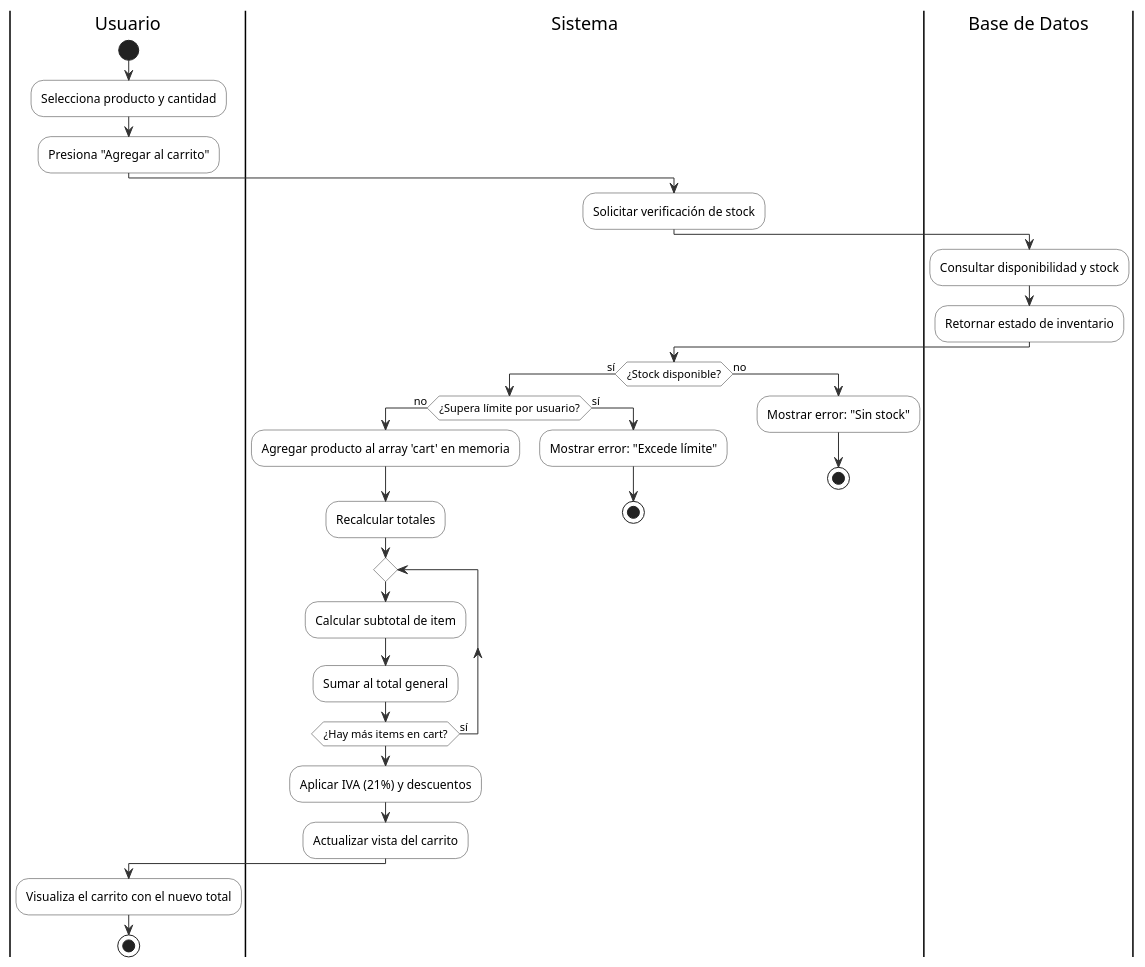
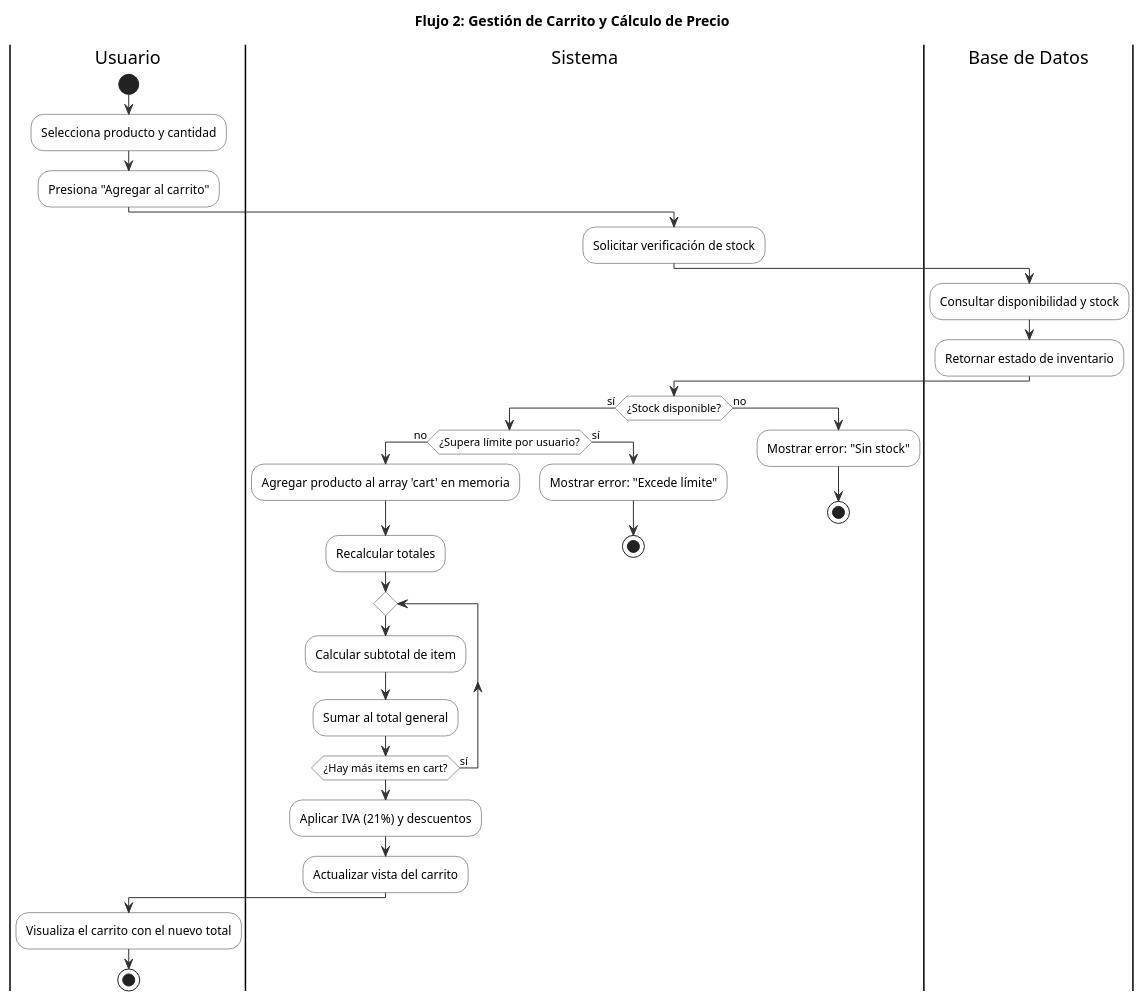
The diagram in docs/05-diagramas/01-diagrama-de-actividades/actividad-flujo-2-carrito.puml (GonzaloBarbano/E-commerce), drawn with PlantUML before and after one commit. The commit also changed 4 other files, not shown here.

```diff
--- a/docs/05-diagramas/01-diagrama-de-actividades/actividad-flujo-2-carrito.puml
+++ b/docs/05-diagramas/01-diagrama-de-actividades/actividad-flujo-2-carrito.puml
@@ -1,41 +1,42 @@
 @startuml flujo-2-carrito
+title Flujo 2: Gestión de Carrito y Cálculo de Precio
 skinparam ActivityBackgroundColor #FFFFFF
 skinparam ActivityBorderColor #333333
 skinparam ArrowColor #333333
 
 |Usuario|
 start
 :Selecciona producto y cantidad;
 :Presiona "Agregar al carrito";
 
 |Sistema|
 :Solicitar verificación de stock;
 
 |Base de Datos|
 :Consultar disponibilidad y stock;
 :Retornar estado de inventario;
 
 |Sistema|
 if (¿Stock disponible?) then (sí)
   if (¿Supera límite por usuario?) then (no)
     :Agregar producto al array 'cart' en memoria;
     :Recalcular totales;
     repeat
       :Calcular subtotal de item;
       :Sumar al total general;
     repeat while (¿Hay más items en cart?) is (sí)
     :Aplicar IVA (21%) y descuentos;
     :Actualizar vista del carrito;
   else (sí)
     :Mostrar error: "Excede límite";
     stop
   endif
 else (no)
   :Mostrar error: "Sin stock";
   stop
 endif
 
 |Usuario|
 :Visualiza el carrito con el nuevo total;
 stop
 @enduml
```
